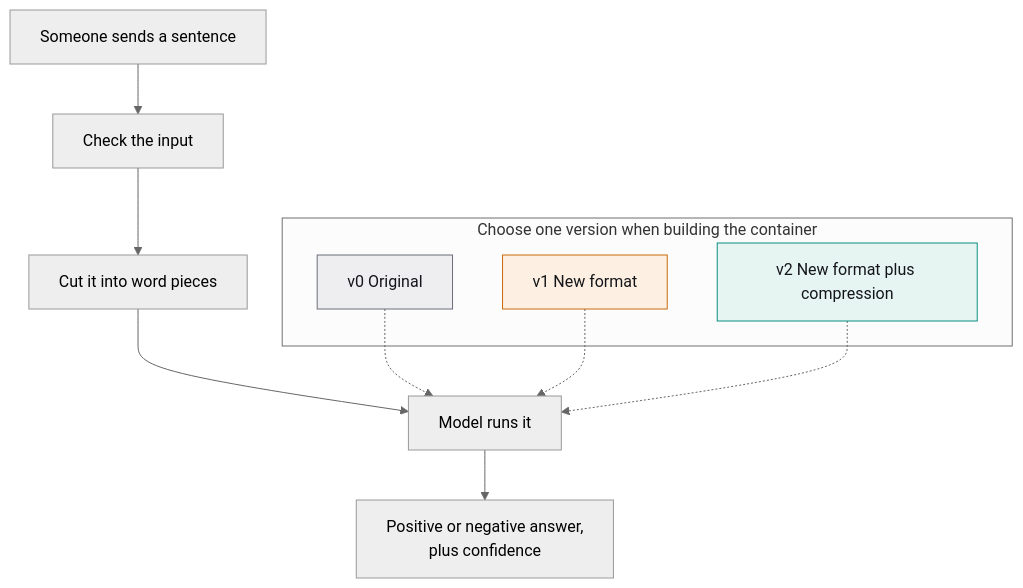
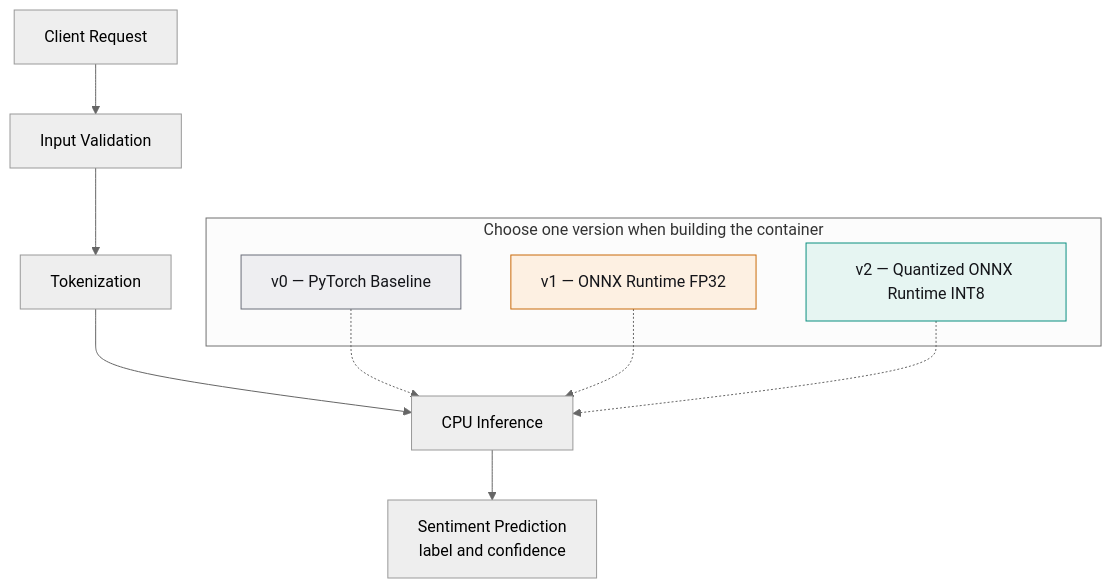
One commit to shaikh-muhammad/measured-model-serving changed the diagram in README.md. Above: the diagram before and after it, drawn with Mermaid (neutral theme). The commit also changed other lines of this file and 2 other files, not shown here.

````diff
--- a/README.md
+++ b/README.md
@@ -7,21 +13,21 @@
 ```mermaid
 flowchart TD
-    input["Someone sends a sentence"] --> check["Check the input"]
-    check --> pieces["Cut it into word pieces"]
-    pieces --> model["Model runs it"]
-    model --> answer["Positive or negative answer,<br/>plus confidence"]
+    input["Client Request"] --> check["Input Validation"]
+    check --> pieces["Tokenization"]
+    pieces --> model["CPU Inference"]
+    model --> answer["Sentiment Prediction<br/>label and confidence"]
     subgraph choice["Choose one version when building the container"]
-        v0["v0 Original"]
-        v1["v1 New format"]
-        v2["v2 New format plus compression"]
+        v0["v0 — PyTorch Baseline"]
+        v1["v1 — ONNX Runtime FP32"]
+        v2["v2 — Quantized ONNX Runtime INT8"]
     end
     v0 -.-> model
     v1 -.-> model
     v2 -.-> model
     classDef baseline fill:#eeeef1,stroke:#6b6e7a,color:#14151a
     classDef rejected fill:#fdf0e2,stroke:#c96a0a,color:#14151a
     classDef kept fill:#e6f5f2,stroke:#0b8f80,color:#14151a
     class v0 baseline
     class v1 rejected
     class v2 kept
 ```
````
